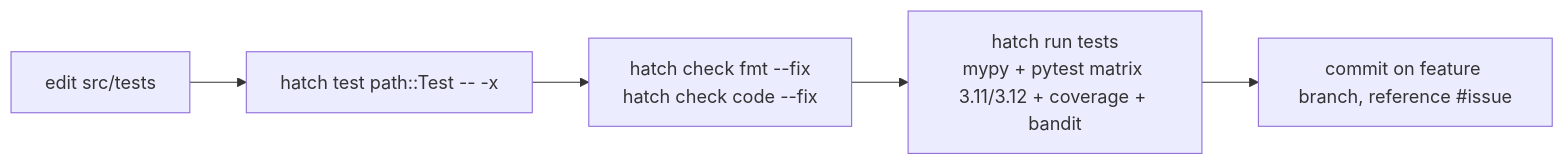
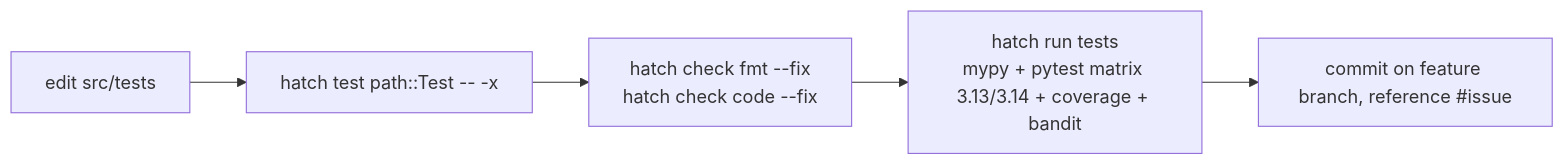
One commit to dfkunstler/mcp-server-for-oscal changed the third of 5 diagrams in .agents/summary/workflows.md. Above: the diagram before and after it, drawn with Mermaid. The commit also changed other lines of this file and 38 other files, not shown here.

````diff
--- a/.agents/summary/workflows.md
+++ b/.agents/summary/workflows.md
@@ -44,7 +44,7 @@
 ```mermaid
 flowchart LR
     Edit[edit src/tests] --> T1[hatch test path::Test -- -x]
     T1 --> Lint[hatch check fmt --fix<br/>hatch check code --fix]
-    Lint --> Full[hatch run tests<br/>mypy + pytest matrix 3.11/3.12 + coverage + bandit]
+    Lint --> Full[hatch run tests<br/>mypy + pytest matrix 3.13/3.14 + coverage + bandit]
     Full --> Commit[commit on feature branch, reference #issue]
 ```
````
